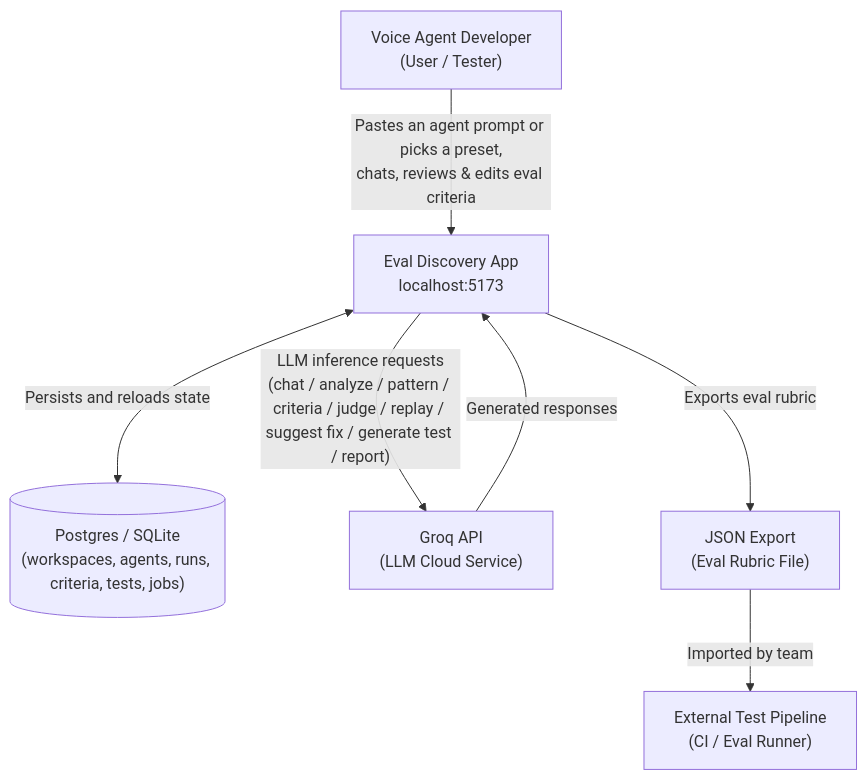
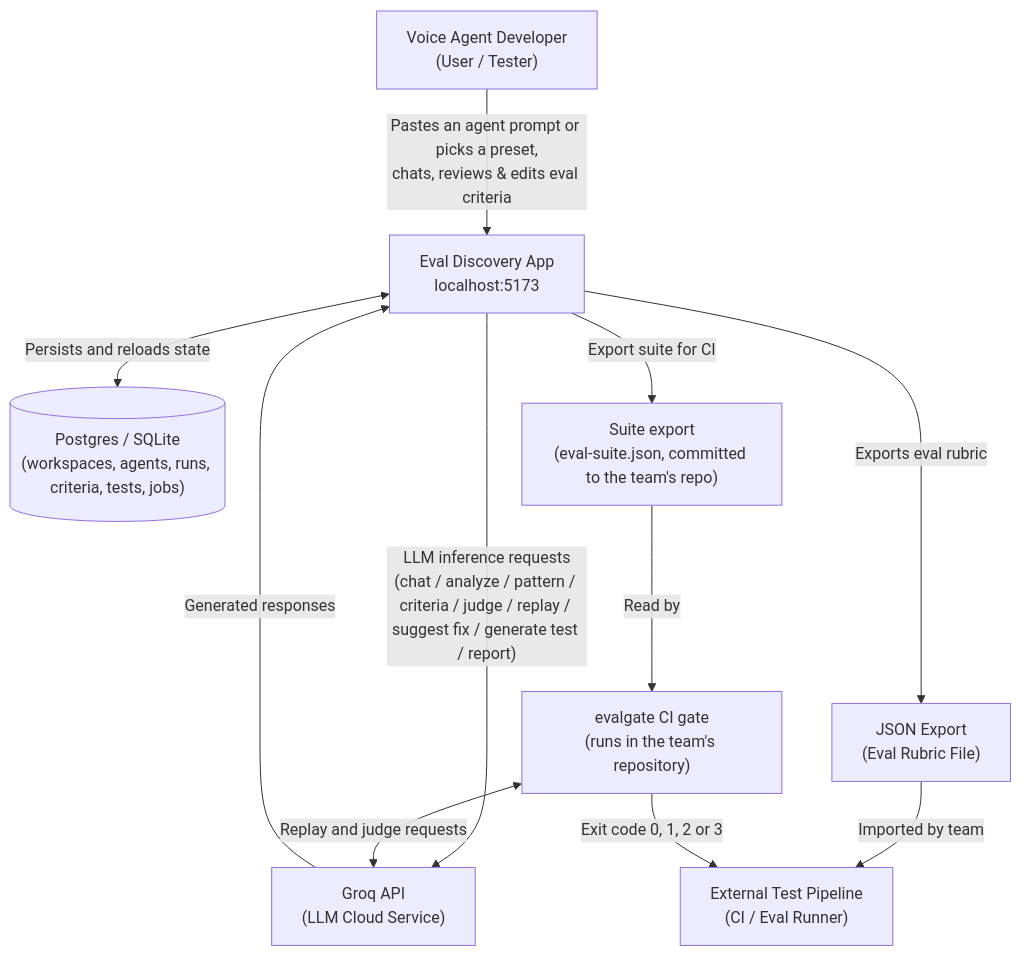
The first of 10 diagrams in docs/ARCHITECTURE.md (harikrshm/Eval-Discovery), drawn with Mermaid before and after one commit. The commit also changed other lines of this file and 2 other files, not shown here.

Commit message:
docs: Phase 4 gate, simulation, CI and carry-overs

````diff
--- a/docs/ARCHITECTURE.md
+++ b/docs/ARCHITECTURE.md
@@ -49,16 +51,22 @@
 ```mermaid
 graph TB
     Dev["Voice Agent Developer<br/>(User / Tester)"]
     System["Eval Discovery App<br/>localhost:5173"]
     DB[("Postgres / SQLite<br/>(workspaces, agents, runs, criteria, tests, jobs)")]
     Groq["Groq API<br/>(LLM Cloud Service)"]
     Export["JSON Export<br/>(Eval Rubric File)"]
     TestPipeline["External Test Pipeline<br/>(CI / Eval Runner)"]
+    SuiteFile["Suite export<br/>(eval-suite.json, committed to the team's repo)"]
+    Gate["evalgate CI gate<br/>(runs in the team's repository)"]
 
     Dev -->|"Pastes an agent prompt or picks a preset,<br/>chats, reviews & edits eval criteria"| System
     System <-->|"Persists and reloads state"| DB
     System -->|"LLM inference requests<br/>(chat / analyze / pattern / criteria / judge / replay / suggest fix / generate test / report)"| Groq
     Groq -->|"Generated responses"| System
     System -->|"Exports eval rubric"| Export
     Export -->|"Imported by team"| TestPipeline
+    System -->|"Export suite for CI"| SuiteFile
+    SuiteFile -->|"Read by"| Gate
+    Gate <-->|"Replay and judge requests"| Groq
+    Gate -->|"Exit code 0, 1, 2 or 3"| TestPipeline
 ```
````
